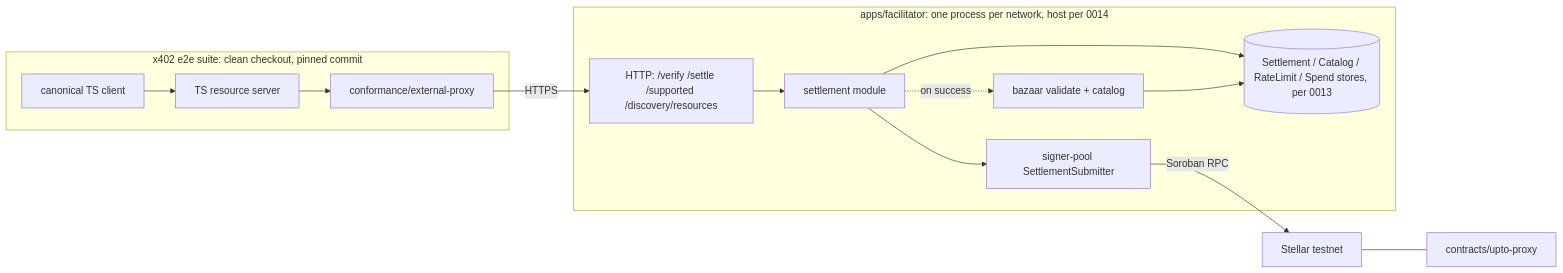
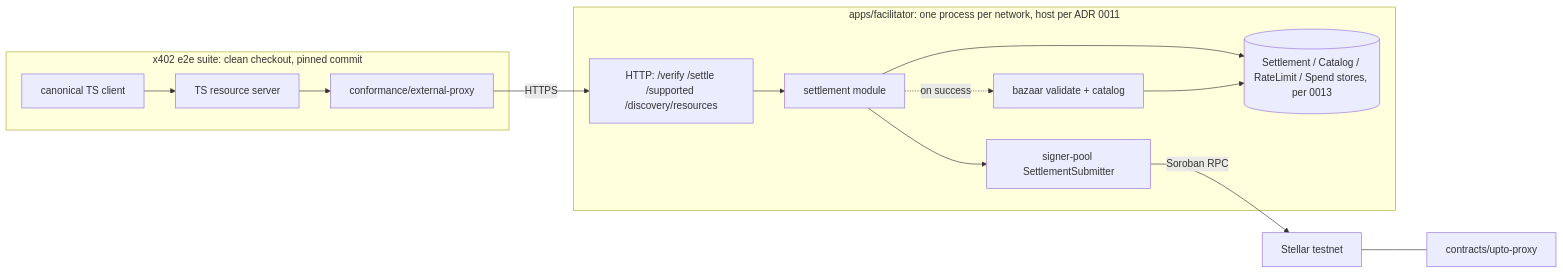
Before and after one commit to rumblefishdev/stellar-x402: the second of 3 diagrams in docs/architecture/m1-spine.md, drawn with Mermaid. The commit also changed other lines of this file and 5 other files, not shown here.

First line of the commit message:
docs(lore-0014): host the facilitator on ECS Fargate (ADR 0011)

````diff
--- a/docs/architecture/m1-spine.md
+++ b/docs/architecture/m1-spine.md
@@ -349,17 +349,17 @@
 ```mermaid
 graph LR
   subgraph e2e[x402 e2e suite: clean checkout, pinned commit]
     client[canonical TS client] --> server[TS resource server]
     server --> proxy[conformance/external-proxy]
   end
   proxy -- HTTPS --> api
-  subgraph svc[apps/facilitator: one process per network, host per 0014]
+  subgraph svc[apps/facilitator: one process per network, host per ADR 0011]
     api[HTTP: /verify /settle /supported /discovery/resources] --> app[settlement module]
     app --> pool[signer-pool SettlementSubmitter]
     app -. on success .-> catalog[bazaar validate + catalog]
     app --> stores[(Settlement / Catalog / RateLimit / Spend stores, per 0013)]
     catalog --> stores
   end
   pool -- Soroban RPC --> chain[Stellar testnet]
   chain --- upto[contracts/upto-proxy]
 ```
````
